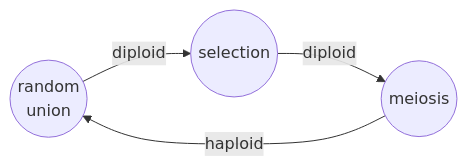
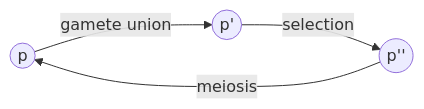
Before and after one commit to osmond-lab/eeb314: the second of 2 diagrams in docs/lectures/lecture-04.md, drawn with Mermaid. The commit also changed other lines of this file and 15 other files, not shown here.

Commit message:
consistent life cycle diagrams in lecture 4

````diff
--- a/docs/lectures/lecture-04.md
+++ b/docs/lectures/lecture-04.md
@@ -165,6 +165,6 @@
 ```mermaid
     graph LR;
-    A((random<br> union)) --diploid--> B((selection));
-    B --diploid--> C((meiosis));
-    C --haploid--> A;
+    A((p)) --gamete union--> B((p'));
+    B --selection--> C((p''));
+    C --meiosis--> A;
 ```   
````
